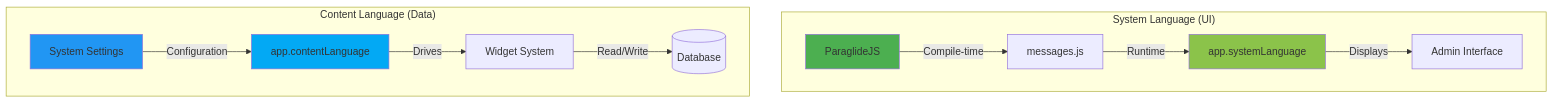
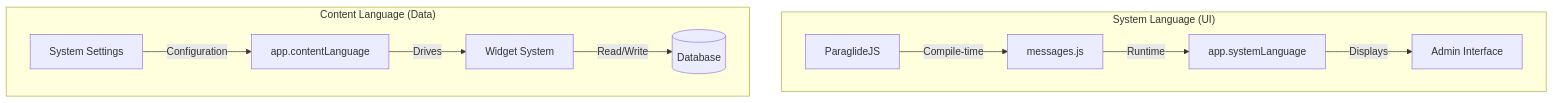
Before and after one commit to SveltyCMS/SveltyCMS: the diagram in docs/architecture/language-architecture.mdx, drawn with Mermaid. The commit also changed other lines of this file and 148 other files, not shown here.

````diff
--- a/docs/architecture/language-architecture.mdx
+++ b/docs/architecture/language-architecture.mdx
@@ -28,29 +28,26 @@
 ```mermaid
 graph TB
     subgraph "System Language (UI)"
         ParaglideJS[ParaglideJS]
         UIMessages[messages.js]
         SystemLang[app.systemLanguage]
         AdminInterface[Admin Interface]
     end
 
     subgraph "Content Language (Data)"
         DynamicSettings[System Settings]
         ContentLang[app.contentLanguage]
         WidgetSystem[Widget System]
         Database[(Database)]
     end
 
     ParaglideJS -->|Compile-time| UIMessages
     UIMessages -->|Runtime| SystemLang
     SystemLang -->|Displays| AdminInterface
 
     DynamicSettings -->|Configuration| ContentLang
     ContentLang -->|Drives| WidgetSystem
     WidgetSystem -->|Read/Write| Database
 
-    style ParaglideJS fill:#4CAF50
-    style DynamicSettings fill:#2196F3
-    style SystemLang fill:#8BC34A
-    style ContentLang fill:#03A9F4
+
 ```
````
